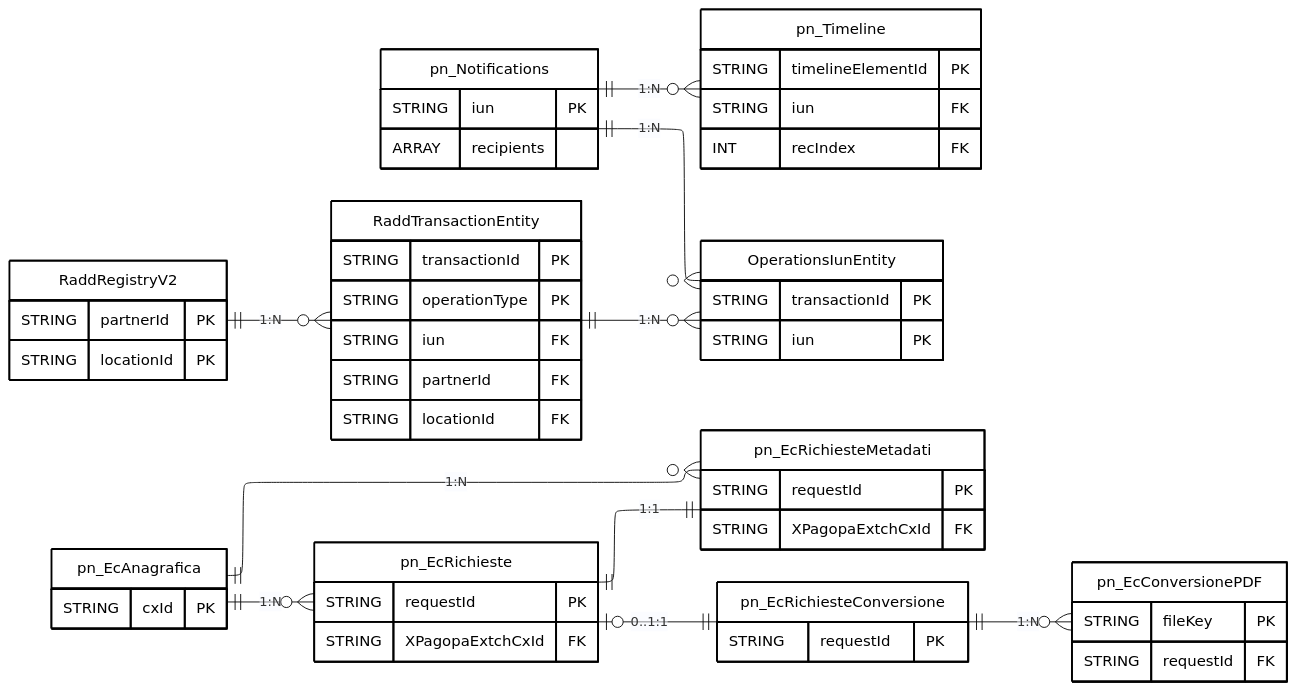
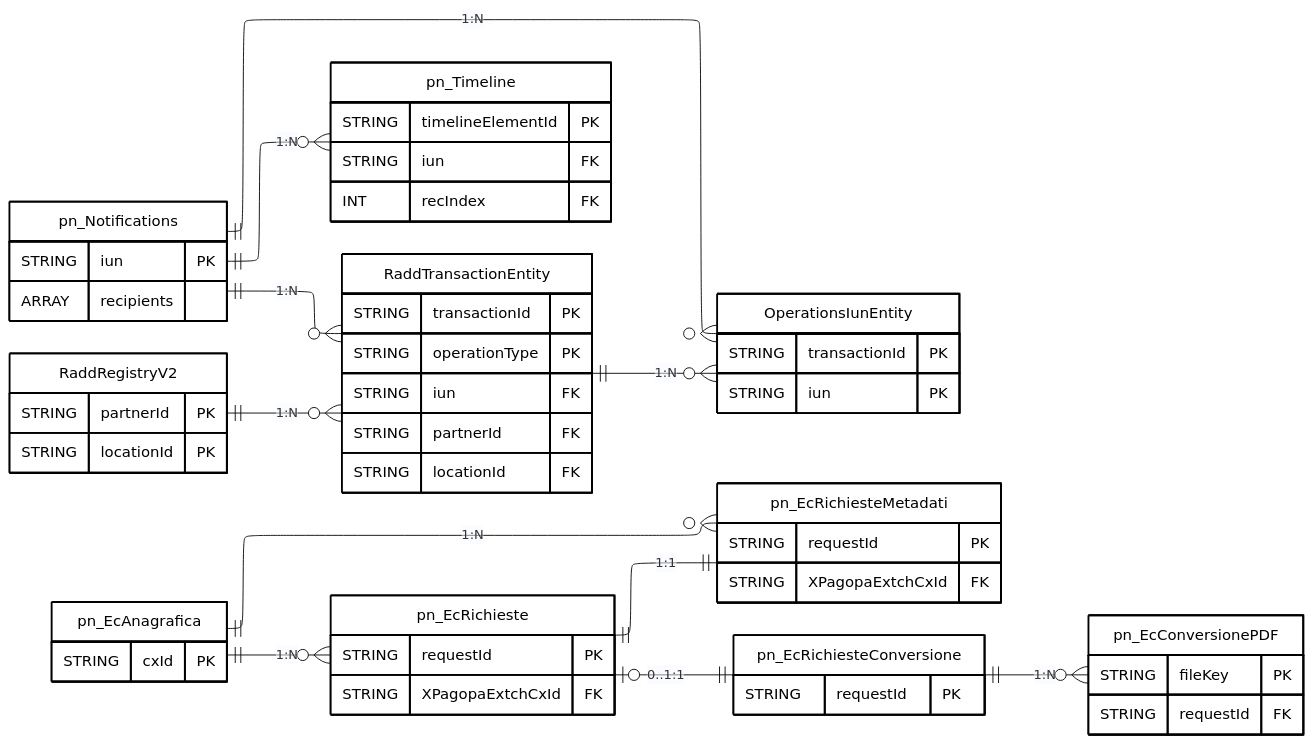
One commit to pagopa/pn-metrics changed the diagram in send_diagrams/data-models/send_er_model.mmd. Above: the diagram before and after it, drawn with Mermaid.

Commit message:
docs: add notification relationships for ACT and AOR operations

```diff
--- a/send_diagrams/data-models/send_er_model.mmd
+++ b/send_diagrams/data-models/send_er_model.mmd
@@ -1,134 +1,136 @@
 ---
 config:
   layout: elk
   theme: base
 ---
 erDiagram
 
     %% diagram version: 0.0.1
 
     %% sources:
     %% - dc-pn-Notifications.yaml
     %%   id: urn:send:pn:notifications
     %%   version: 0.0.1
     %% - dc-pn-timeline.yaml
     %%   id: urn:send:pn:timelines
     %%   version: 0.0.1
     %% - dc-radd-transaction-entity.yaml
     %%   id: urn:send:radd-alt:dc-radd-transaction-entity
     %%   version: 0.0.1
     %% - dc-radd-registry.yaml
     %%   id: urn:send:radd-alt:dc-radd-registry
     %%   version: 0.0.1
     %% - dc-operations-iuns-entity.yaml
     %%   id: urn:send:radd-alt:dc-operations-iuns-entity
     %%   version: 0.0.1
     %% - dc-pn-EcRichiesteMetadati.yaml
     %%   id: urn:send:postalizzazione:pn-ecrichiestemetadati
     %%   version: 0.0.1
 
     %% CONVENZIONI
     %% - Sono riportate esclusivamente le entità principali
     %% - Sono riportati solamente attributi PK e FK
     %% - Le cardinalità derivano dai diagrammi di dettaglio dei singoli domini
     %% - I commenti descrivono la logica di correlazione tra le entità
 
     Direction LR
 
     pn_Notifications {
         STRING iun PK
         ARRAY recipients
     }
 
     pn_Timeline {
         STRING timelineElementId PK
         STRING iun FK
         INT recIndex FK
     }
 
     RaddRegistryV2 {
         STRING partnerId PK
         STRING locationId PK
     }
 
     RaddTransactionEntity {
         STRING transactionId PK
         STRING operationType PK
         STRING iun FK
         STRING partnerId FK
         STRING locationId FK
     }
 
     OperationsIunEntity {
         STRING transactionId PK
         STRING iun PK
     }
 
     pn_EcAnagrafica {
         STRING cxId PK
     }
 
     pn_EcRichieste {
         STRING requestId PK
         STRING XPagopaExtchCxId FK
     }
 
     pn_EcRichiesteMetadati {
         STRING requestId PK
         STRING XPagopaExtchCxId FK
     }
 
     pn_EcRichiesteConversione {
         STRING requestId PK
     }
 
     pn_EcConversionePDF {
         STRING fileKey PK
         STRING requestId FK
     }
 
     %% RELAZIONI
 
     %% RaddTransactionEntity.transactionId = OperationsIunEntity.transactionId
     RaddTransactionEntity ||--o{ OperationsIunEntity : "1:N"
 
-    %% RaddRegistryV2.partnerId = RaddTransactionEntity.partnerId
-    %% AND RaddRegistryV2.locationId = RaddTransactionEntity.locationId
+    %% RaddRegistryV2.partnerId = RaddTransactionEntity.partnerId AND RaddRegistryV2.locationId = RaddTransactionEntity.locationId
     RaddRegistryV2 ||--o{ RaddTransactionEntity : "1:N"
 
-    %% pn_Notifications.iun = OperationsIunEntity.iun
+    %% Operazioni ACT: stampa atti notificati
+    %% pn_Notifications.iun = RaddTransactionEntity.iun
+    pn_Notifications ||--o{ RaddTransactionEntity : "1:N"
+
+    %% Operazioni AOR: accesso a notifica per irreperibile
+    %% OperationsIunEntity.iun = pn_Notifications.iun
     pn_Notifications ||--o{ OperationsIunEntity : "1:N"
 
     %% Join a livello di notifica: pn_Notifications.iun = pn_Timeline.iun
-    %% Join a livello di destinatario:
-    %% pn_Notifications.iun = pn_Timeline.iun
-    %% AND pn_Timeline.recIndex identifica il destinatario della notifica
+    %% Join a livello di destinatario: pn_Notifications.iun = pn_Timeline.iun AND pn_Timeline.recIndex identifica il destinatario della notifica
     pn_Notifications ||--o{ pn_Timeline : "1:N"
 
     %% pn_EcRichieste.XPagopaExtchCxId = pn_EcAnagrafica.cxId
     pn_EcAnagrafica ||--o{ pn_EcRichieste : "1:N"
 
     %% pn_EcRichiesteMetadati.XPagopaExtchCxId = pn_EcAnagrafica.cxId
     pn_EcAnagrafica ||--o{ pn_EcRichiesteMetadati : "1:N"
 
     %% pn_EcRichieste.requestId = pn_EcRichiesteMetadati.requestId
     pn_EcRichieste ||--|| pn_EcRichiesteMetadati : "1:1"
 
     %% pn_EcRichieste.requestId = pn_EcRichiesteConversione.requestId
     pn_EcRichieste o|--|| pn_EcRichiesteConversione : "0..1:1"
 
     %% pn_EcConversionePDF.requestId = pn_EcRichiesteConversione.requestId
     pn_EcRichiesteConversione ||--o{ pn_EcConversionePDF : "1:N"
 
     %% STILE
 
     style pn_Notifications fill:#FFFFFF,stroke:#000000,stroke-width:2px,color:#000000
     style pn_Timeline fill:#FFFFFF,stroke:#000000,stroke-width:2px,color:#000000
     style RaddRegistryV2 fill:#FFFFFF,stroke:#000000,stroke-width:2px,color:#000000
     style RaddTransactionEntity fill:#FFFFFF,stroke:#000000,stroke-width:2px,color:#000000
     style OperationsIunEntity fill:#FFFFFF,stroke:#000000,stroke-width:2px,color:#000000
     style pn_EcAnagrafica fill:#FFFFFF,stroke:#000000,stroke-width:2px,color:#000000
     style pn_EcRichieste fill:#FFFFFF,stroke:#000000,stroke-width:2px,color:#000000
     style pn_EcRichiesteMetadati fill:#FFFFFF,stroke:#000000,stroke-width:2px,color:#000000
     style pn_EcRichiesteConversione fill:#FFFFFF,stroke:#000000,stroke-width:2px,color:#000000
     style pn_EcConversionePDF fill:#FFFFFF,stroke:#000000,stroke-width:2px,color:#000000
```
